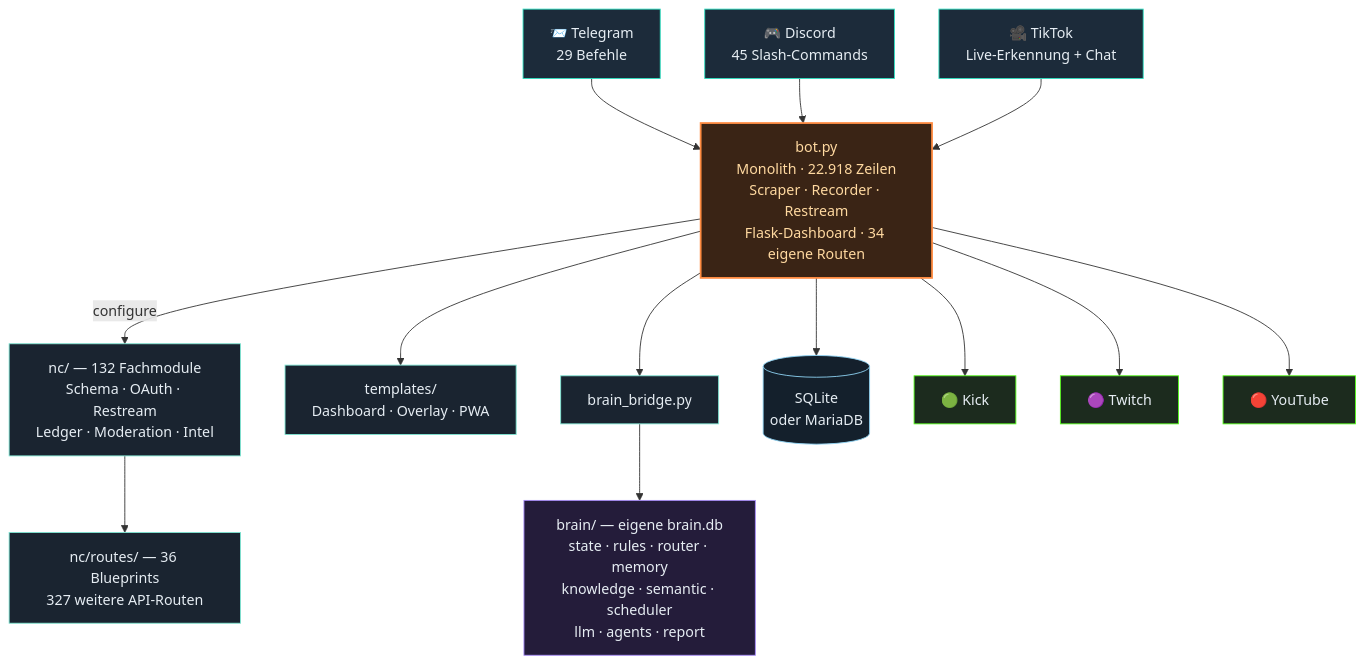
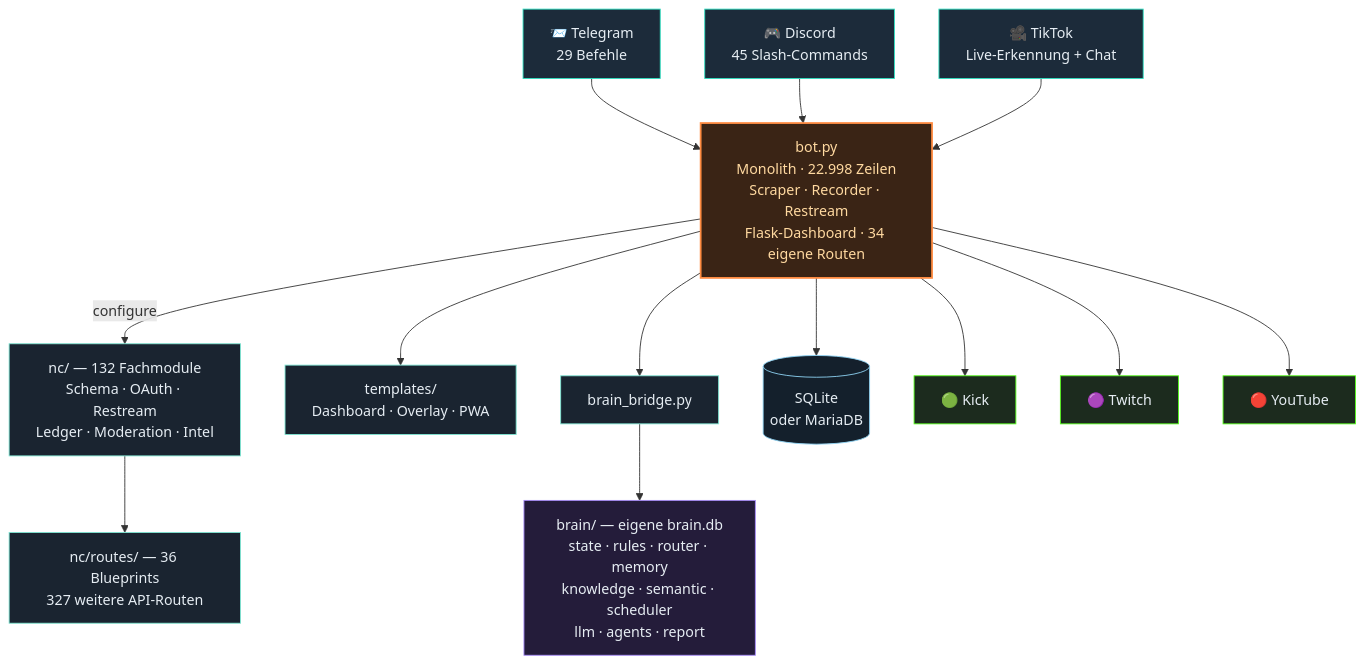
The third of 4 diagrams in README.md (itsamemedev/Telegram-Stream-Info-Bot), drawn with Mermaid before and after one commit. The commit also changed other lines of this file and 9 other files, not shown here.

````diff
--- a/README.md
+++ b/README.md
@@ -189,30 +189,30 @@
 ```mermaid
 flowchart TB
     TG["📨 Telegram<br/>29 Befehle"]:::ein
     DC["🎮 Discord<br/>45 Slash-Commands"]:::ein
     TT["🎥 TikTok<br/>Live-Erkennung + Chat"]:::ein
 
     TG --> BOT
     DC --> BOT
     TT --> BOT
 
-    BOT["bot.py<br/>Monolith · 22.918 Zeilen<br/>Scraper · Recorder · Restream<br/>Flask-Dashboard · 34 eigene Routen"]:::core
+    BOT["bot.py<br/>Monolith · 22.998 Zeilen<br/>Scraper · Recorder · Restream<br/>Flask-Dashboard · 34 eigene Routen"]:::core
 
     BOT -->|configure| NC["nc/ — 132 Fachmodule<br/>Schema · OAuth · Restream<br/>Ledger · Moderation · Intel"]:::lib
     NC --> RT["nc/routes/ — 36 Blueprints<br/>327 weitere API-Routen"]:::lib
     BOT --> TPL["templates/<br/>Dashboard · Overlay · PWA"]:::lib
     BOT --> BR["brain_bridge.py"]:::lib
     BR --> BRAIN["brain/ — eigene brain.db<br/>state · rules · router · memory<br/>knowledge · semantic · scheduler<br/>llm · agents · report"]:::brain
     BOT --> DB[("SQLite<br/>oder MariaDB")]:::db
 
     BOT --> KICK["🟢 Kick"]:::out
     BOT --> TW["🟣 Twitch"]:::out
     BOT --> YT["🔴 YouTube"]:::out
 
     classDef ein fill:#1c2b3a,stroke:#2de1c2,color:#e6edf3
     classDef core fill:#3a2415,stroke:#ff8c42,stroke-width:2px,color:#ffd9a0
     classDef lib fill:#1a2430,stroke:#7fe7d4,color:#e6edf3
     classDef brain fill:#241c3a,stroke:#a78bfa,color:#e6edf3
     classDef db fill:#14202c,stroke:#8fd3f4,color:#e6edf3
     classDef out fill:#1c2b1e,stroke:#53fc18,color:#e6edf3
 ```
````
